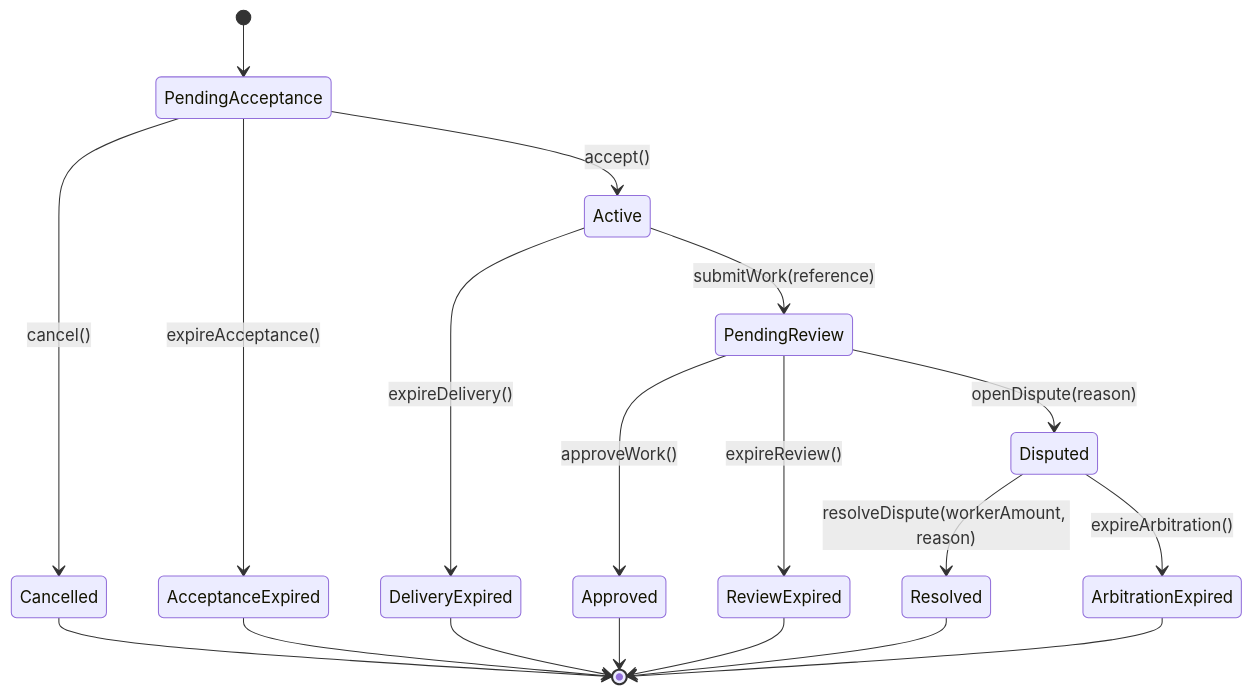
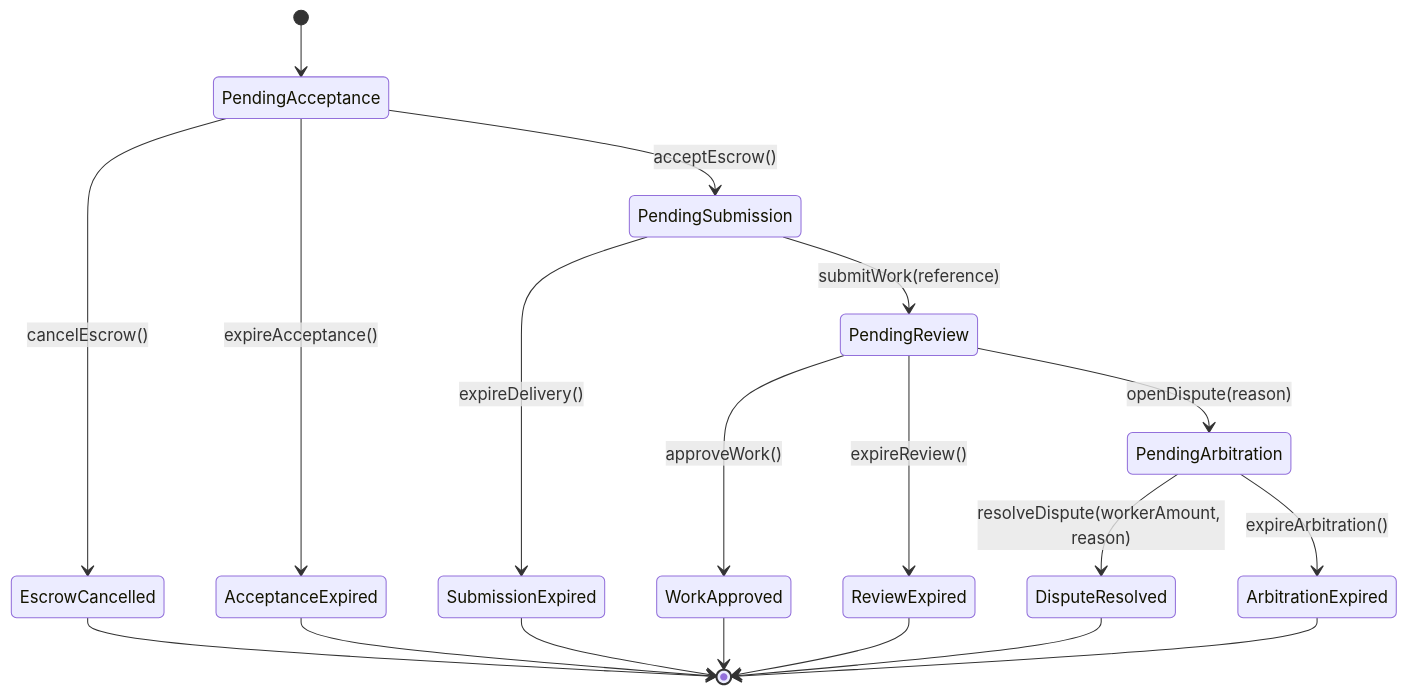
One commit to Pedro0604/Optativas-LS-LI changed the diagram in Blockchain/Laboratorios/Laboratorios-resueltos/TP-final/guia-resumen.md. Above: the diagram before and after it, drawn with Mermaid. The commit also changed other lines of this file and 12 other files, not shown here.

````diff
--- a/Blockchain/Laboratorios/Laboratorios-resueltos/TP-final/guia-resumen.md
+++ b/Blockchain/Laboratorios/Laboratorios-resueltos/TP-final/guia-resumen.md
@@ -203,26 +203,26 @@
 ```mermaid
 stateDiagram-v2
     [*] --> PendingAcceptance
 
-    PendingAcceptance --> Active: accept()
-    PendingAcceptance --> Cancelled: cancel()
+    PendingAcceptance --> PendingSubmission: acceptEscrow()
+    PendingAcceptance --> EscrowCancelled: cancelEscrow()
     PendingAcceptance --> AcceptanceExpired: expireAcceptance()
 
-    Active --> PendingReview: submitWork(reference)
-    Active --> DeliveryExpired: expireDelivery()
+    PendingSubmission --> PendingReview: submitWork(reference)
+    PendingSubmission --> SubmissionExpired: expireDelivery()
 
-    PendingReview --> Approved: approveWork()
-    PendingReview --> Disputed: openDispute(reason)
+    PendingReview --> WorkApproved: approveWork()
+    PendingReview --> PendingArbitration: openDispute(reason)
     PendingReview --> ReviewExpired: expireReview()
 
-    Disputed --> Resolved: resolveDispute(workerAmount, reason)
-    Disputed --> ArbitrationExpired: expireArbitration()
+    PendingArbitration --> DisputeResolved: resolveDispute(workerAmount, reason)
+    PendingArbitration --> ArbitrationExpired: expireArbitration()
 
-    Cancelled --> [*]
+    EscrowCancelled --> [*]
     AcceptanceExpired --> [*]
-    DeliveryExpired --> [*]
-    Approved --> [*]
+    SubmissionExpired --> [*]
+    WorkApproved --> [*]
     ReviewExpired --> [*]
-    Resolved --> [*]
+    DisputeResolved --> [*]
     ArbitrationExpired --> [*]
 ```
````
